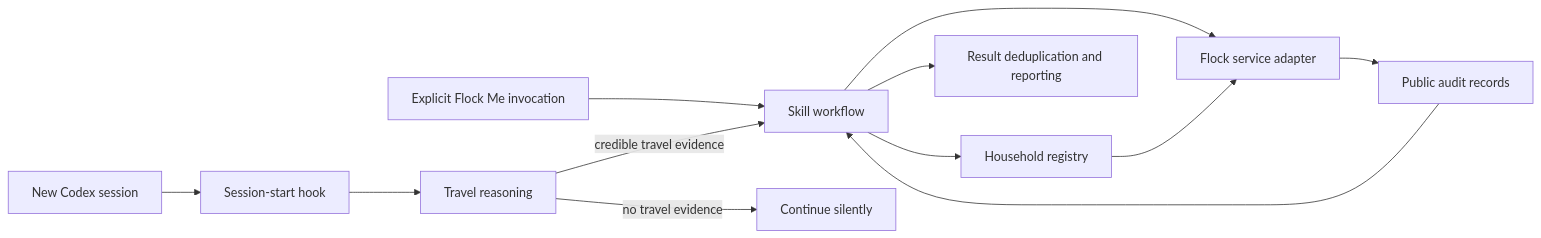
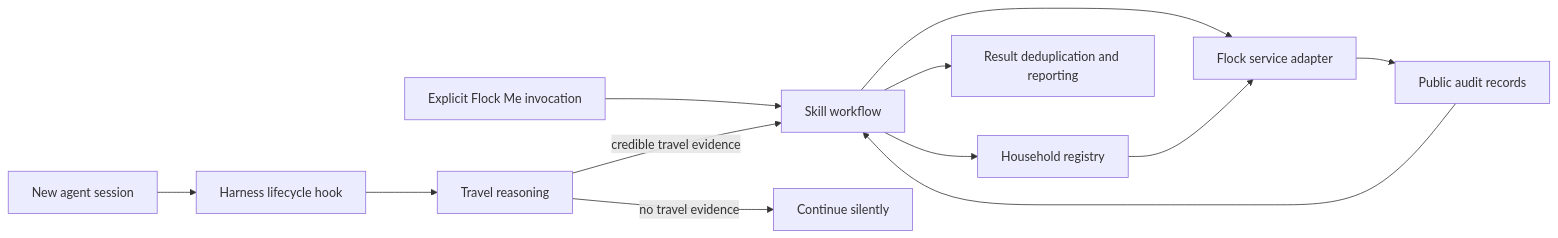
One commit to zfifteen/flock-me changed the diagram in docs/architecture.md. Above: the diagram before and after it, drawn with Mermaid. The commit also changed other lines of this file and 10 other files, not shown here.

````diff
--- a/docs/architecture.md
+++ b/docs/architecture.md
@@ -9,14 +9,14 @@
 ```mermaid
 flowchart LR
-    A["New Codex session"] --> B["Session-start hook"]
+    A["New agent session"] --> B["Harness lifecycle hook"]
     B --> C["Travel reasoning"]
     D["Explicit Flock Me invocation"] --> E["Skill workflow"]
     C -->|"credible travel evidence"| E
     C -->|"no travel evidence"| F["Continue silently"]
     E --> G["Household registry"]
     E --> H["Flock service adapter"]
     G --> H
     H --> I["Public audit records"]
     I --> E
     E --> J["Result deduplication and reporting"]
 ```
````
